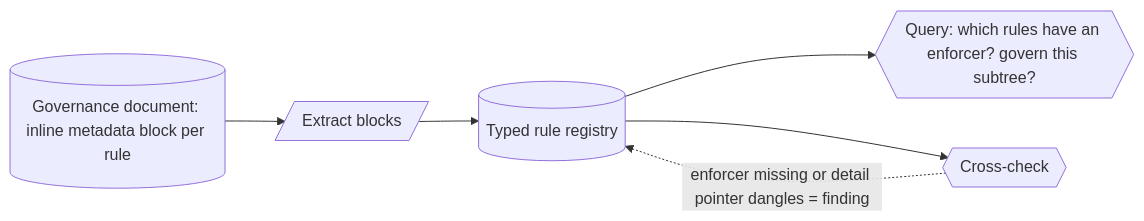
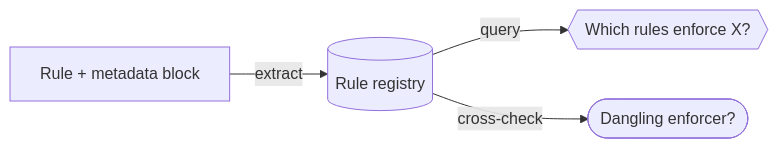
One commit to davisjam/agent-governance-mechanisms changed the diagram in book/appendix-fills/models-bridge/rule-metadata-registry.md. Above: the diagram before and after it, drawn with Mermaid. The commit also changed other lines of this file and 25 other files, not shown here.

Commit message:
feat(appxC): bespoke diagrams replacing shared glyphs (batches F+G)

````diff
--- a/book/appendix-fills/models-bridge/rule-metadata-registry.md
+++ b/book/appendix-fills/models-bridge/rule-metadata-registry.md
@@ -38,8 +38,6 @@
 ```mermaid
 flowchart LR
-  Doc[(Governance document: inline metadata block per rule)] --> Extract[/Extract blocks/]
-  Extract --> Reg[(Typed rule registry)]
-  Reg --> Query{{Query: which rules have an enforcer? govern this subtree?}}
-  Reg --> Xcheck{{Cross-check}}
-  Xcheck -.->|enforcer missing or detail pointer dangles = finding| Reg
+  Rule[Rule + metadata block] -->|extract| Reg[(Rule registry)]
+  Reg -->|query| Ask{{Which rules enforce X?}}
+  Reg -->|cross-check| Bad([Dangling enforcer?])
 ```
````
